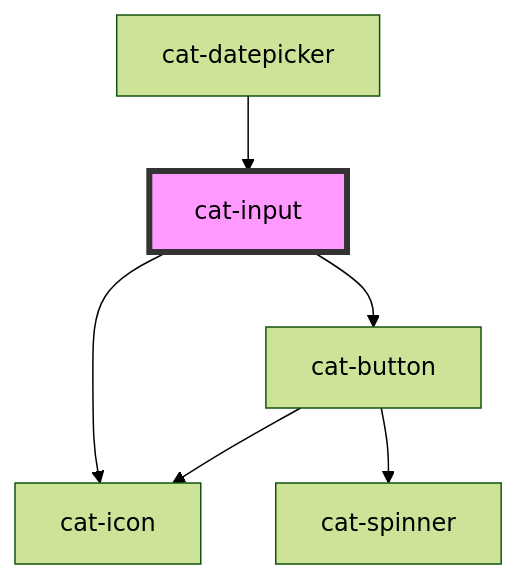
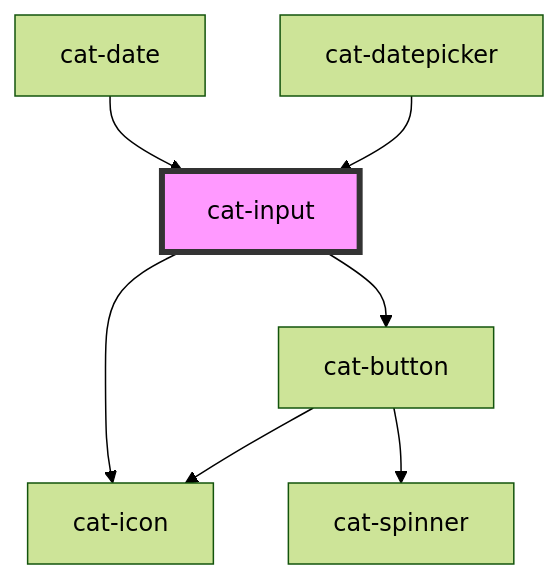
One commit to haiilo/catalyst changed the diagram in core/src/components/cat-input/readme.md. Above: the diagram before and after it, drawn with Mermaid (forest theme). The commit also changed other lines of this file and 42 other files, not shown here.

````diff
--- a/core/src/components/cat-input/readme.md
+++ b/core/src/components/cat-input/readme.md
@@ -128,9 +145,10 @@
 ```mermaid
 graph TD;
   cat-input --> cat-icon
   cat-input --> cat-button
   cat-button --> cat-icon
   cat-button --> cat-spinner
+  cat-date --> cat-input
   cat-datepicker --> cat-input
   style cat-input fill:#f9f,stroke:#333,stroke-width:4px
 ```
````
